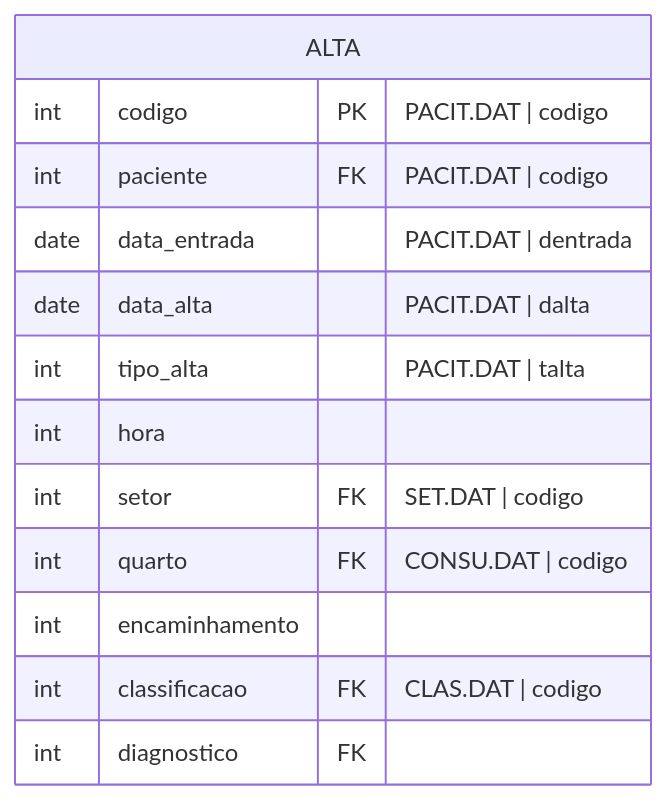
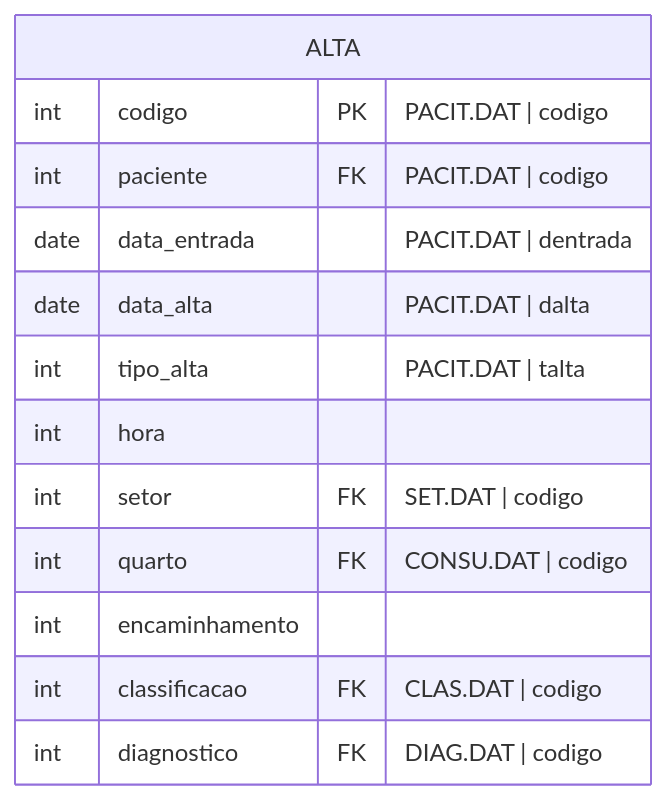
Before and after one commit to Nicolas-CustomCode/refactor-hospital-maternidade: the diagram in Módulos/Recepção/Entidades/Alta (ALTA.DAT).md, drawn with Mermaid. The commit also changed other lines of this file and 10 other files, not shown here.

````diff
--- a/Módulos/Recepção/Entidades/Alta (ALTA.DAT).md
+++ b/Módulos/Recepção/Entidades/Alta (ALTA.DAT).md
@@ -13,16 +14,16 @@
 ```mermaid
 erDiagram
 ALTA {
 	int codigo PK "PACIT.DAT | codigo"
 	int paciente FK "PACIT.DAT | codigo"
 	date data_entrada "PACIT.DAT | dentrada"
 	date data_alta "PACIT.DAT | dalta"
 	int tipo_alta "PACIT.DAT | talta"
 	int hora
 	int setor FK "SET.DAT | codigo"
 	int quarto FK "CONSU.DAT | codigo"
 	int encaminhamento
 	int classificacao FK "CLAS.DAT | codigo"
-	int diagnostico FK ""
+	int diagnostico FK "DIAG.DAT | codigo"
 }
 ```
````
